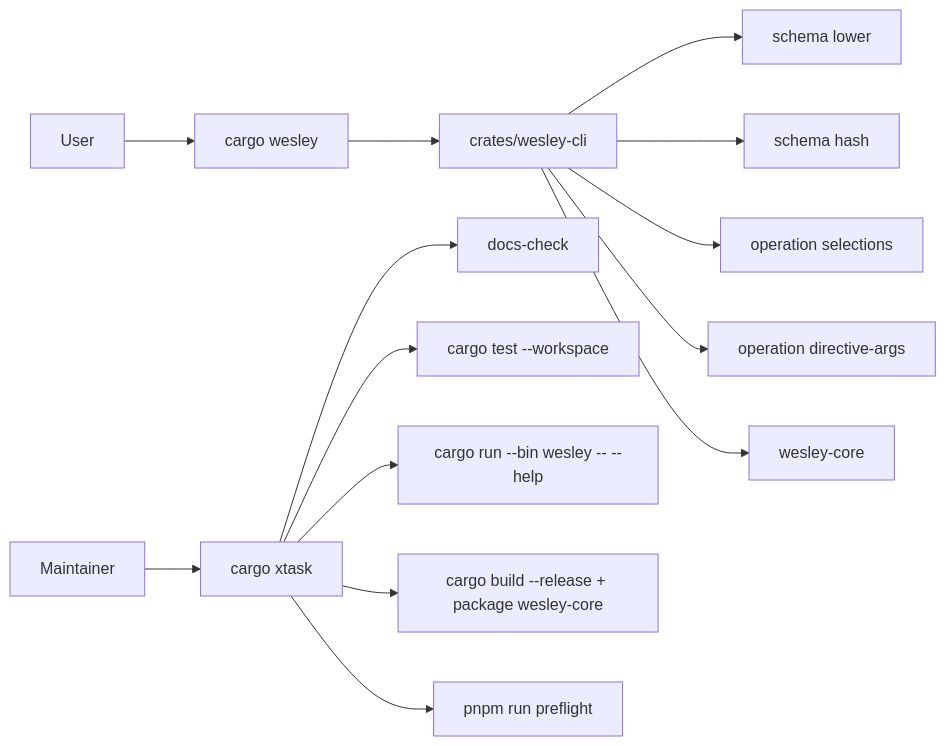
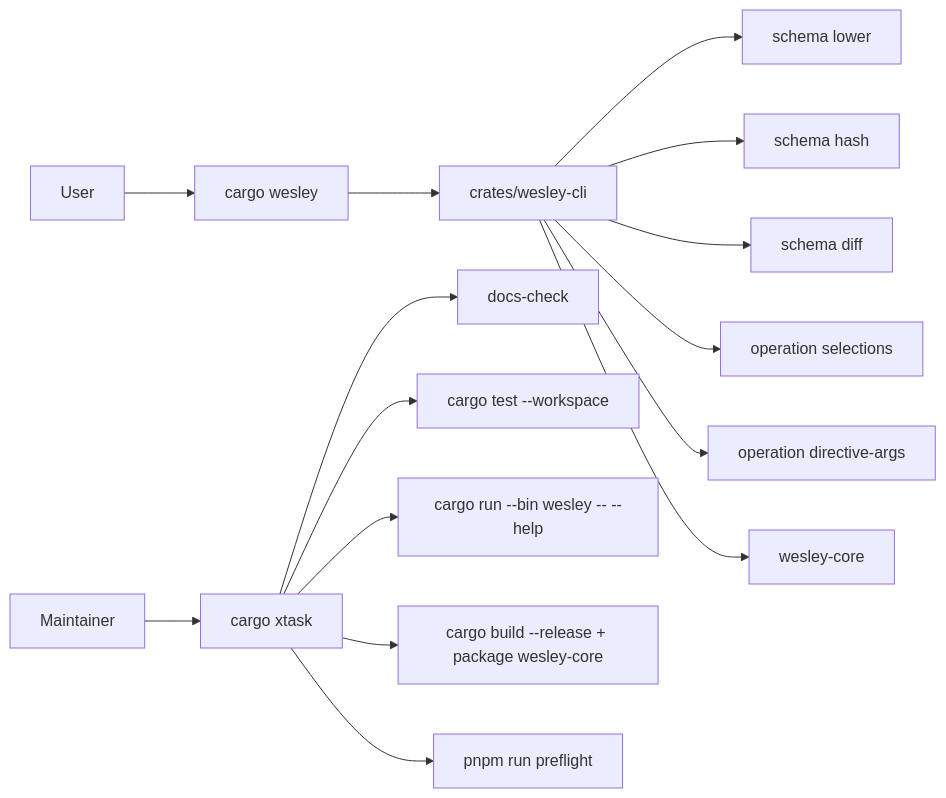
One commit to flyingrobots/wesley changed the fifth of 9 diagrams in docs/ARCHITECTURE.md. Above: the diagram before and after it, drawn with Mermaid. The commit also changed other lines of this file and 12 other files, not shown here.

Commit message:
feat(cli-rs): add native schema diff

````diff
--- a/docs/ARCHITECTURE.md
+++ b/docs/ARCHITECTURE.md
@@ -300,17 +319,18 @@
 ```mermaid
 flowchart LR
     User --> CargoWesley[cargo wesley]
     CargoWesley --> WesleyBin[crates/wesley-cli]
     WesleyBin --> SchemaLower[schema lower]
     WesleyBin --> SchemaHash[schema hash]
+    WesleyBin --> SchemaDiff[schema diff]
     WesleyBin --> OpSelections[operation selections]
     WesleyBin --> DirectiveArgs[operation directive-args]
     WesleyBin --> CoreFacts[wesley-core]
 
     Maintainer --> CargoXtask[cargo xtask]
     CargoXtask --> DocsCheck[docs-check]
     CargoXtask --> Tests[cargo test --workspace]
     CargoXtask --> NativeHelp[cargo run --bin wesley -- --help]
     CargoXtask --> Release[cargo build --release + package wesley-core]
     CargoXtask --> Legacy[pnpm run preflight]
 ```
````
